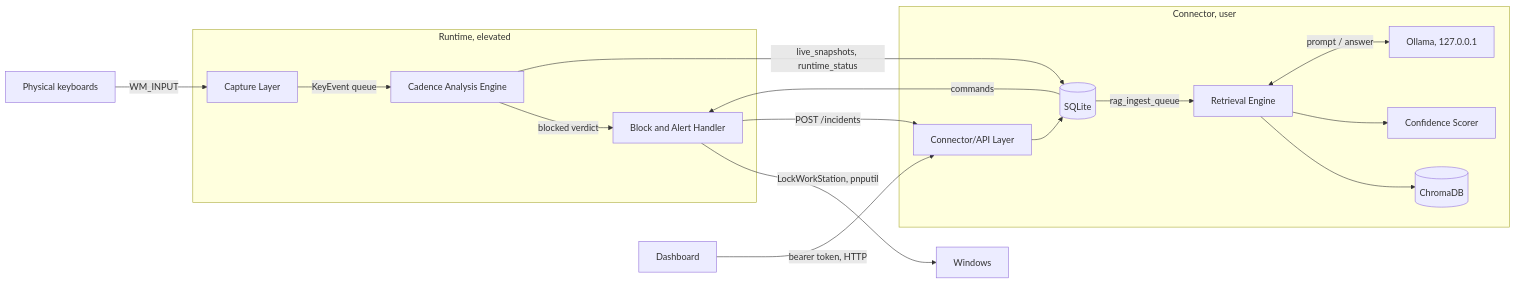
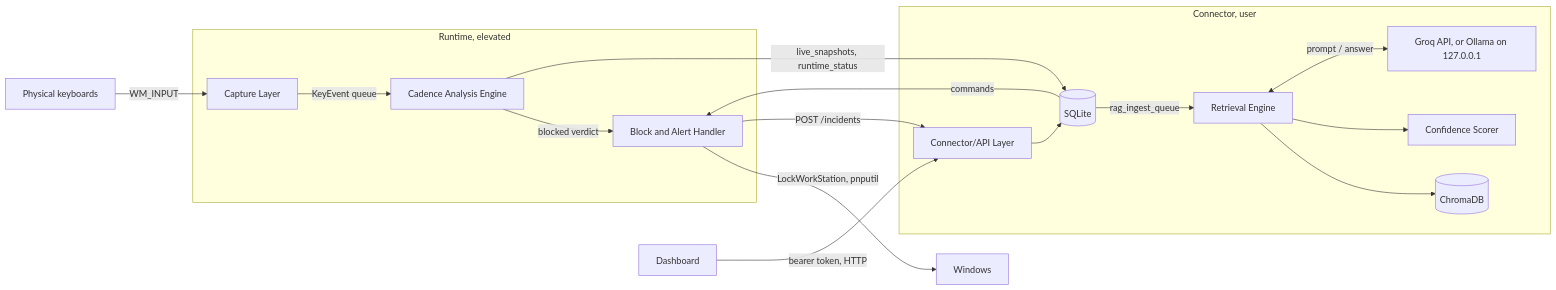
Before and after one commit to PR0XCITY/Continuum: the diagram in docs/ARCHITECTURE.md, drawn with Mermaid. The commit also changed other lines of this file and 20 other files, not shown here.

Commit message:
Add Groq as the default IncidentRAG LLM, with Ollama still supported

````diff
--- a/docs/ARCHITECTURE.md
+++ b/docs/ARCHITECTURE.md
@@ -25,20 +27,20 @@
 ```mermaid
 flowchart LR
     KB[Physical keyboards] -->|WM_INPUT| CAP
     subgraph RT[Runtime, elevated]
         CAP[Capture Layer] -->|KeyEvent queue| CAE[Cadence Analysis Engine]
         CAE -->|blocked verdict| BAH[Block and Alert Handler]
     end
     BAH -->|LockWorkStation, pnputil| WIN[Windows]
     BAH -->|POST /incidents| API
     subgraph CN[Connector, user]
         API[Connector/API Layer] --> DB[(SQLite)]
         DB -->|rag_ingest_queue| RE[Retrieval Engine]
         RE --> VS[(ChromaDB)]
         RE --> CS[Confidence Scorer]
-        RE <-->|prompt / answer| OL[Ollama, 127.0.0.1]
+        RE <-->|prompt / answer| OL[Groq API, or Ollama on 127.0.0.1]
     end
     CAE -->|live_snapshots, runtime_status| DB
     DB -->|commands| BAH
     DASH[Dashboard] -->|bearer token, HTTP| API
 ```
````
